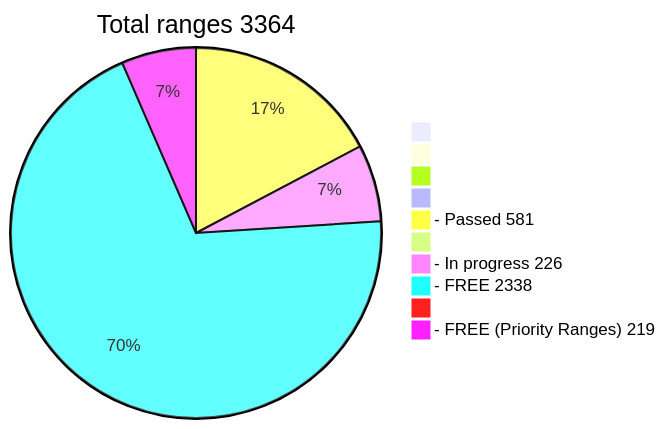
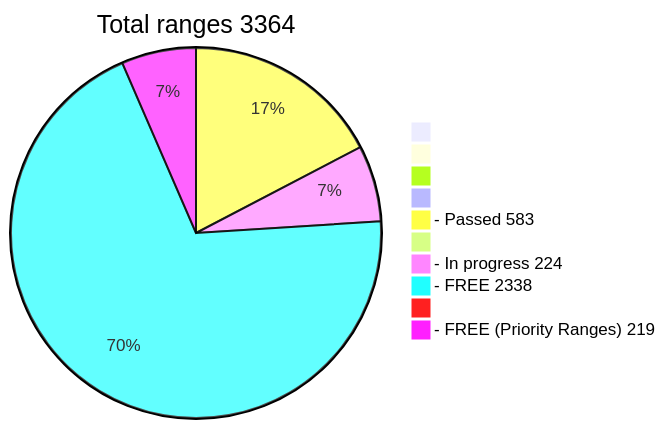
The diagram in README.md (phrutis/wif500), drawn with Mermaid before and after one commit.

````diff
--- a/README.md
+++ b/README.md
@@ -16,13 +16,13 @@
 ```mermaid
 pie title Total ranges 3364
              " " : 0
             "  " : 0
            "   " : 0
           "    " : 0
-  "- Passed 581" : 581
+  "- Passed 583" : 583
          "     " : 0
-  "- In progress 226" : 226
+  "- In progress 224" : 224
    "- FREE 2338" : 2338
         "      " : 0
   "- FREE (Priority Ranges) 219" : 219
 ```
````
